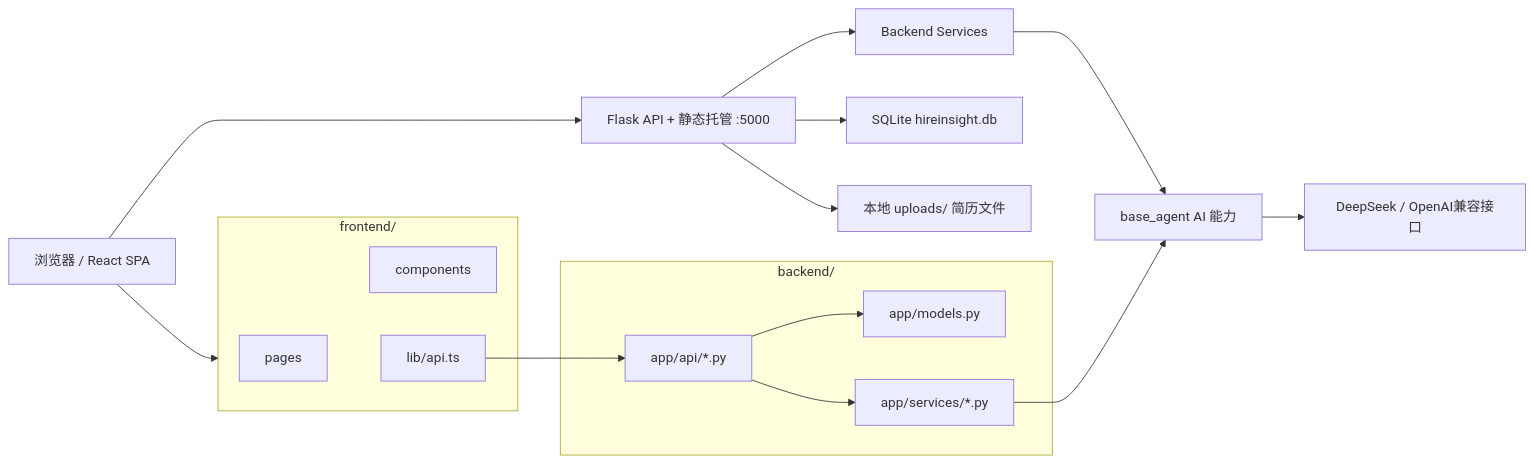
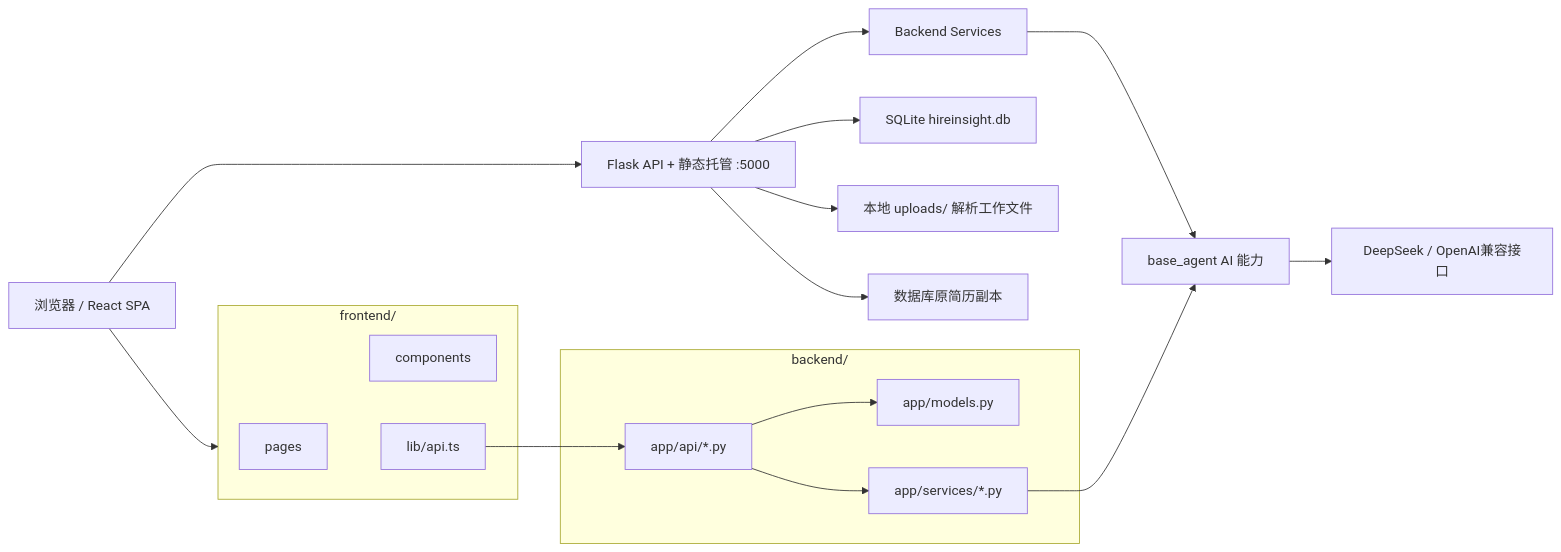
Before and after one commit to hl13544175837-coder/jia-ke-chong-review: the first of 3 diagrams in docs/SDD-智聘招聘系统-v1.0.md, drawn with Mermaid. The commit also changed other lines of this file and 36 other files, not shown here.

````diff
--- a/docs/SDD-智聘招聘系统-v1.0.md
+++ b/docs/SDD-智聘招聘系统-v1.0.md
@@ -81,28 +81,29 @@
 ```mermaid
 flowchart LR
   Browser["浏览器 / React SPA"] --> Flask["Flask API + 静态托管 :5000"]
   Flask --> SQLite["SQLite hireinsight.db"]
-  Flask --> Uploads["本地 uploads/ 简历文件"]
+  Flask --> Uploads["本地 uploads/ 解析工作文件"]
+  Flask --> DBFiles["数据库原简历副本"]
   Flask --> Services["Backend Services"]
   Services --> BaseAgent["base_agent AI 能力"]
   BaseAgent --> DeepSeek["DeepSeek / OpenAI兼容接口"]
 
   subgraph Frontend["frontend/"]
     Pages["pages"]
     Components["components"]
     ApiClient["lib/api.ts"]
   end
 
   subgraph Backend["backend/"]
     APIs["app/api/*.py"]
     Models["app/models.py"]
     BizServices["app/services/*.py"]
   end
 
   Browser --> Frontend
   Frontend --> ApiClient
   ApiClient --> APIs
   APIs --> BizServices
   APIs --> Models
   BizServices --> BaseAgent
 ```
````
